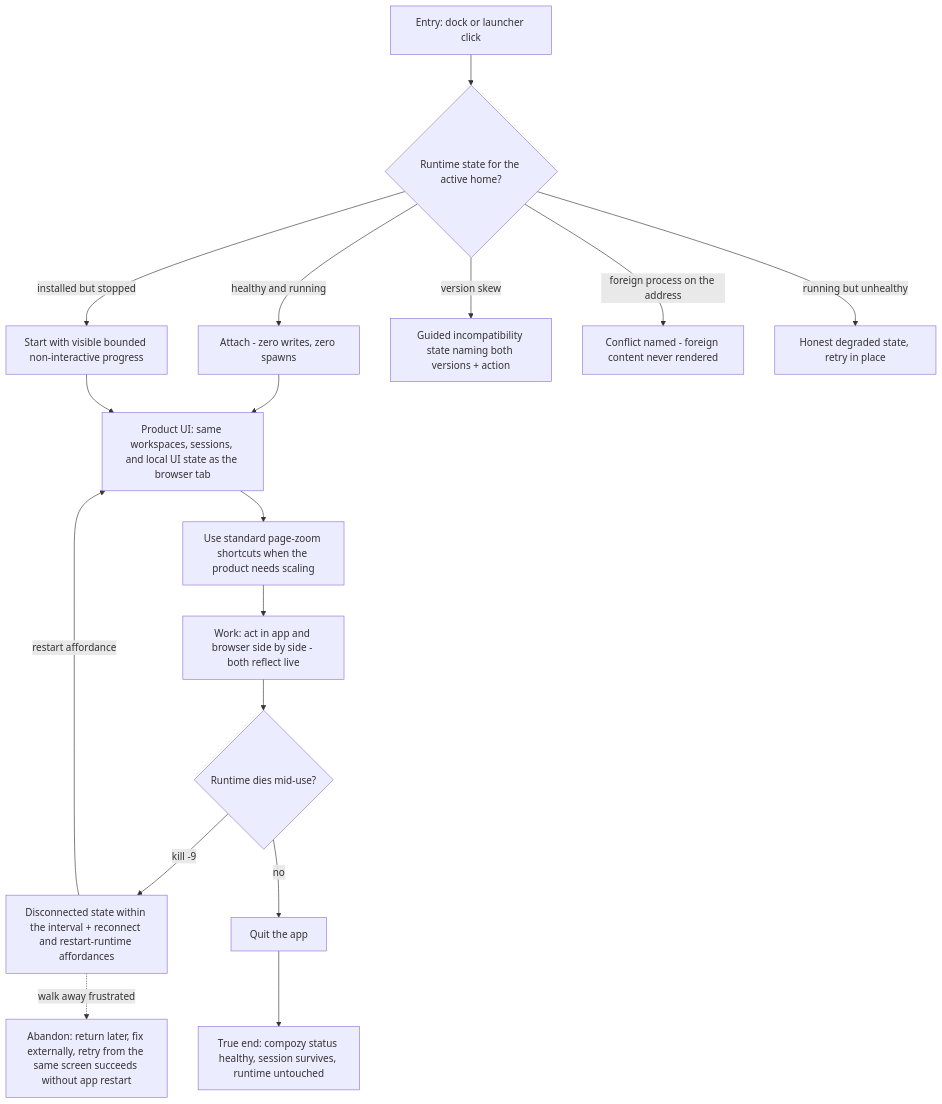
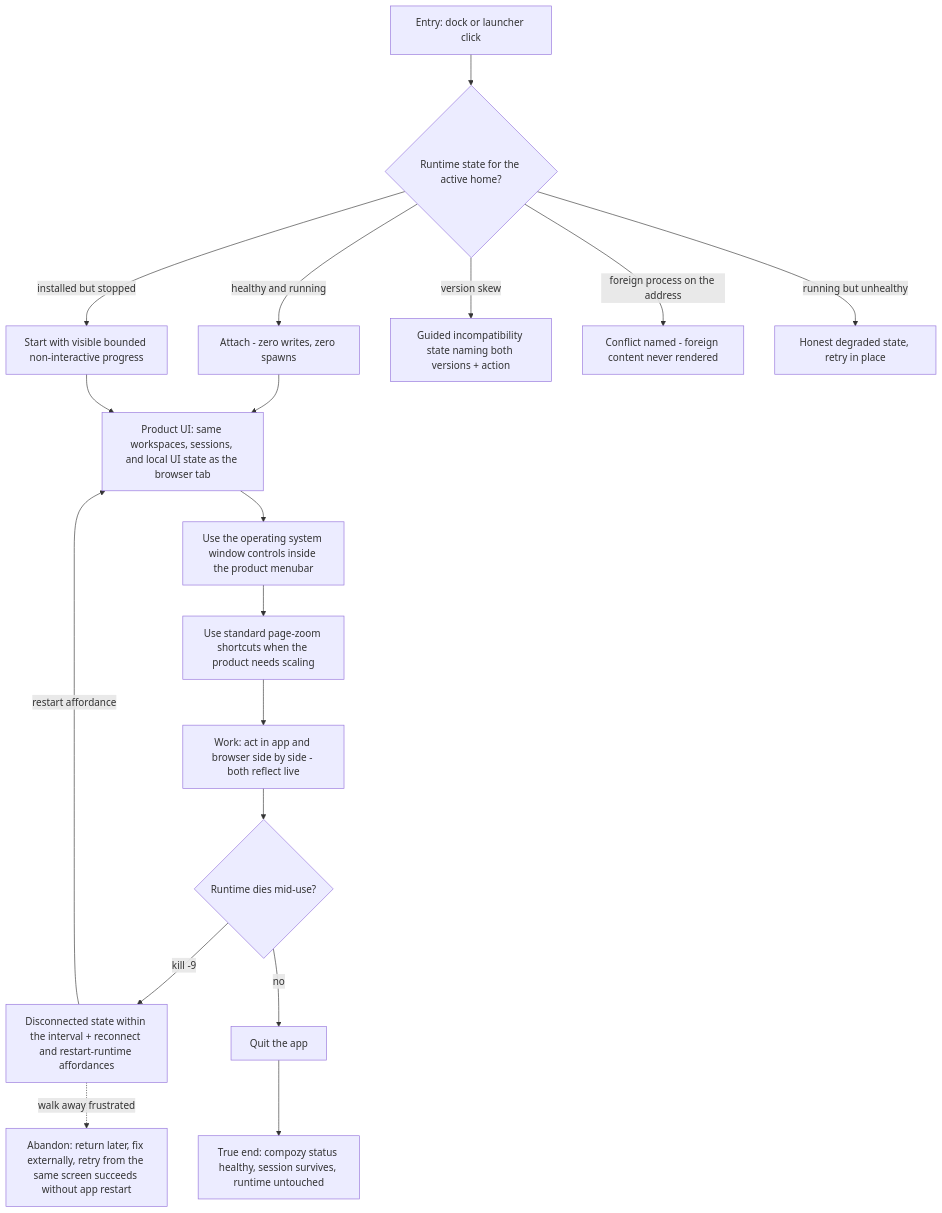
The diagram in docs/qa/journeys/J-desktop-attach-daily.md (compozy/compozy), drawn with Mermaid before and after one commit. The commit also changed other lines of this file and 15 other files, not shown here.

````diff
--- a/docs/qa/journeys/J-desktop-attach-daily.md
+++ b/docs/qa/journeys/J-desktop-attach-daily.md
@@ -7,19 +7,20 @@
 ```mermaid
 flowchart TD
     A[Entry: dock or launcher click] --> B{Runtime state for the active home?}
     B -->|healthy and running| C[Attach - zero writes, zero spawns]
     B -->|installed but stopped| D[Start with visible bounded non-interactive progress]
     B -->|version skew| E[Guided incompatibility state naming both versions + action]
     B -->|foreign process on the address| F[Conflict named - foreign content never rendered]
     B -->|running but unhealthy| G[Honest degraded state, retry in place]
     C --> H[Product UI: same workspaces, sessions, and local UI state as the browser tab]
     D --> H
-    H --> Z[Use standard page-zoom shortcuts when the product needs scaling]
+    H --> N[Use the operating system window controls inside the product menubar]
+    N --> Z[Use standard page-zoom shortcuts when the product needs scaling]
     Z --> I[Work: act in app and browser side by side - both reflect live]
     I --> J{Runtime dies mid-use?}
     J -->|kill -9| K[Disconnected state within the interval + reconnect and restart-runtime affordances]
     K -->|restart affordance| H
     J -->|no| L[Quit the app]
     L --> M[True end: compozy status healthy, session survives, runtime untouched]
     K -.->|walk away frustrated| X1[Abandon: return later, fix externally, retry from the same screen succeeds without app restart]
 ```
````
